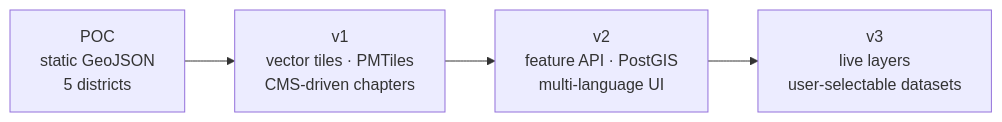
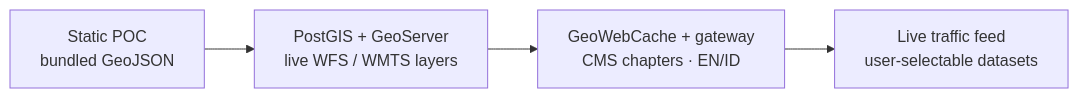
The ninth of 10 diagrams in docs/architecture.md (mahardisetyoso/jkt-webgis-catalyze), drawn with Mermaid before and after one commit. The commit also changed other lines of this file, not shown here.

Commit message:
docs: re-architect backend around PostGIS + GeoServer + QGIS (live primary, static fallback)

````diff
--- a/docs/architecture.md
+++ b/docs/architecture.md
@@ -296,6 +329,6 @@
 ```mermaid
 flowchart LR
-    poc[POC<br/>static GeoJSON<br/>5 districts] --> v1[v1<br/>vector tiles · PMTiles<br/>CMS-driven chapters]
-    v1 --> v2[v2<br/>feature API · PostGIS<br/>multi-language UI]
-    v2 --> v3[v3<br/>live layers<br/>user-selectable datasets]
+    poc[Static POC<br/>bundled GeoJSON] --> v1[PostGIS + GeoServer<br/>live WFS / WMTS layers]
+    v1 --> v2[GeoWebCache + gateway<br/>CMS chapters · EN/ID]
+    v2 --> v3[Live traffic feed<br/>user-selectable datasets]
 ```
````
